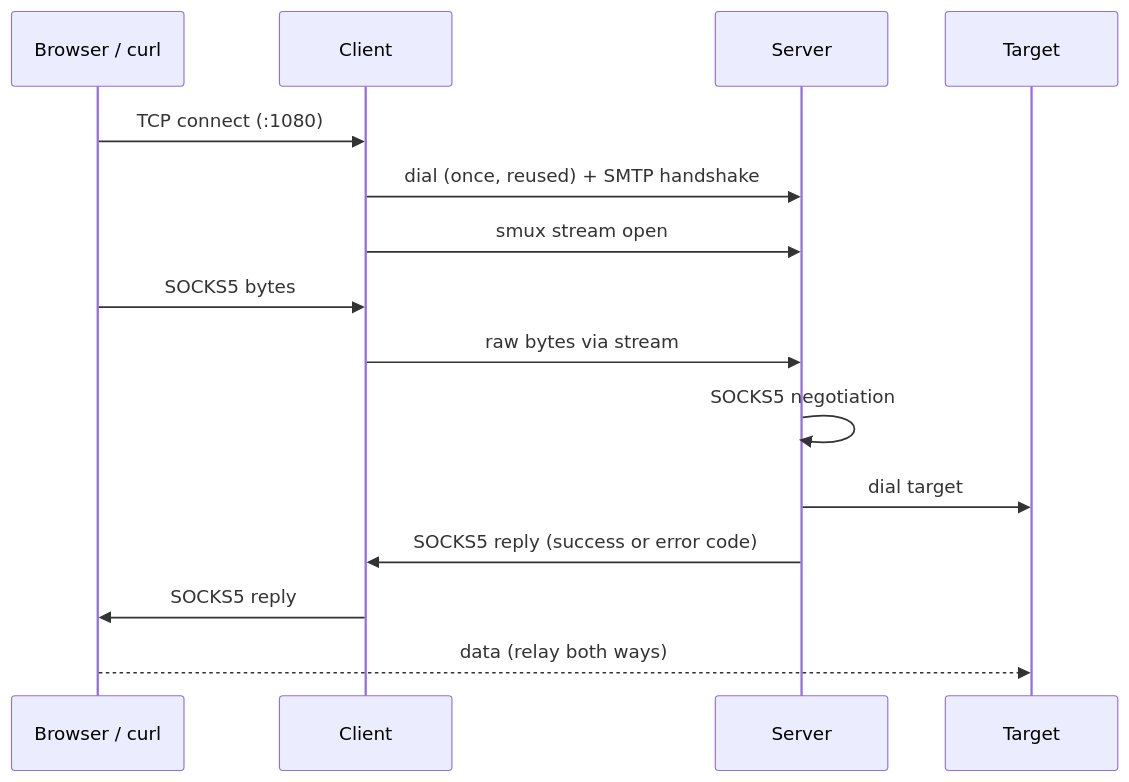
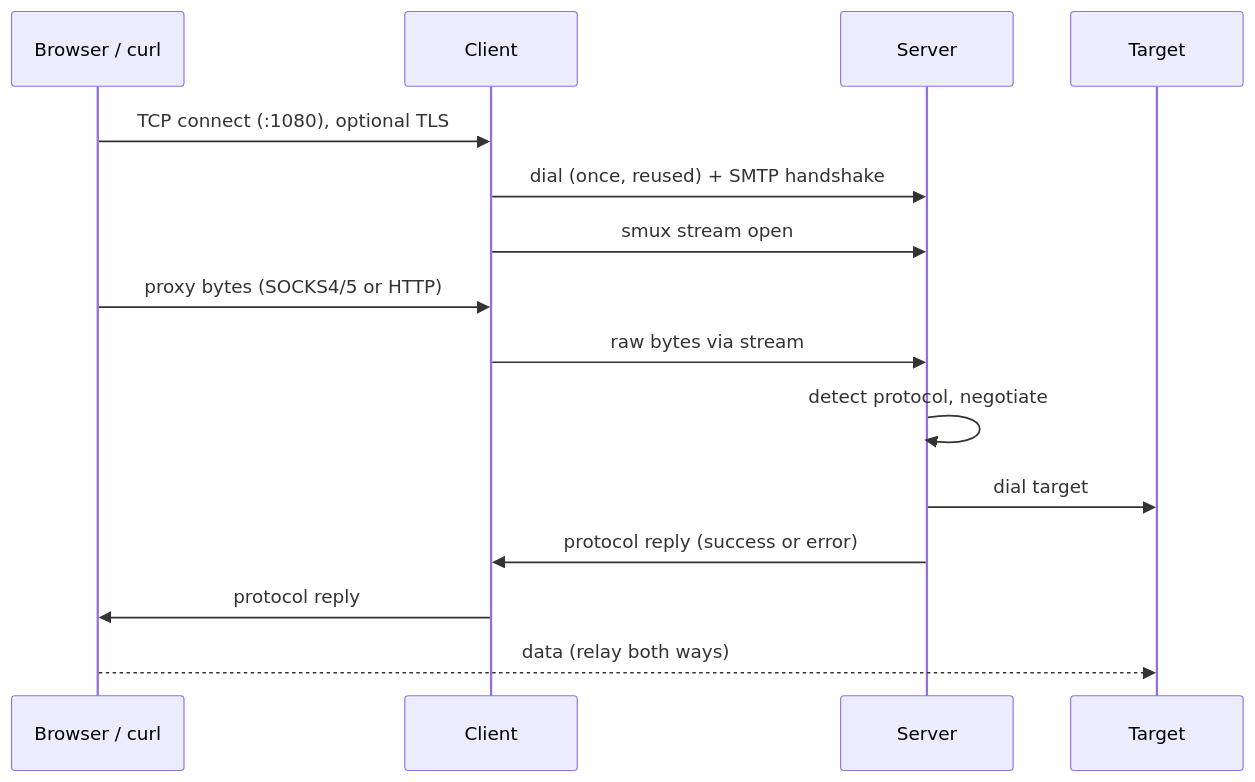
Before and after one commit to dimaskiddo/proxy-over-smtp: the second of 2 diagrams in docs/ARCHITECTURE.md, drawn with Mermaid. The commit also changed other lines of this file and 26 other files, not shown here.

Commit message:
feat: add proxy protocol support for socks4, http, and https

````diff
--- a/docs/ARCHITECTURE.md
+++ b/docs/ARCHITECTURE.md
@@ -48,18 +52,18 @@
 ```mermaid
 sequenceDiagram
     participant App as Browser / curl
     participant C as Client
     participant S as Server
     participant T as Target
 
-    App->>C: TCP connect (:1080)
+    App->>C: TCP connect (:1080), optional TLS
     C->>S: dial (once, reused) + SMTP handshake
     C->>S: smux stream open
-    App->>C: SOCKS5 bytes
+    App->>C: proxy bytes (SOCKS4/5 or HTTP)
     C->>S: raw bytes via stream
-    S->>S: SOCKS5 negotiation
+    S->>S: detect protocol, negotiate
     S->>T: dial target
-    S->>C: SOCKS5 reply (success or error code)
-    C->>App: SOCKS5 reply
+    S->>C: protocol reply (success or error)
+    C->>App: protocol reply
     App-->>T: data (relay both ways)
 ```
````
